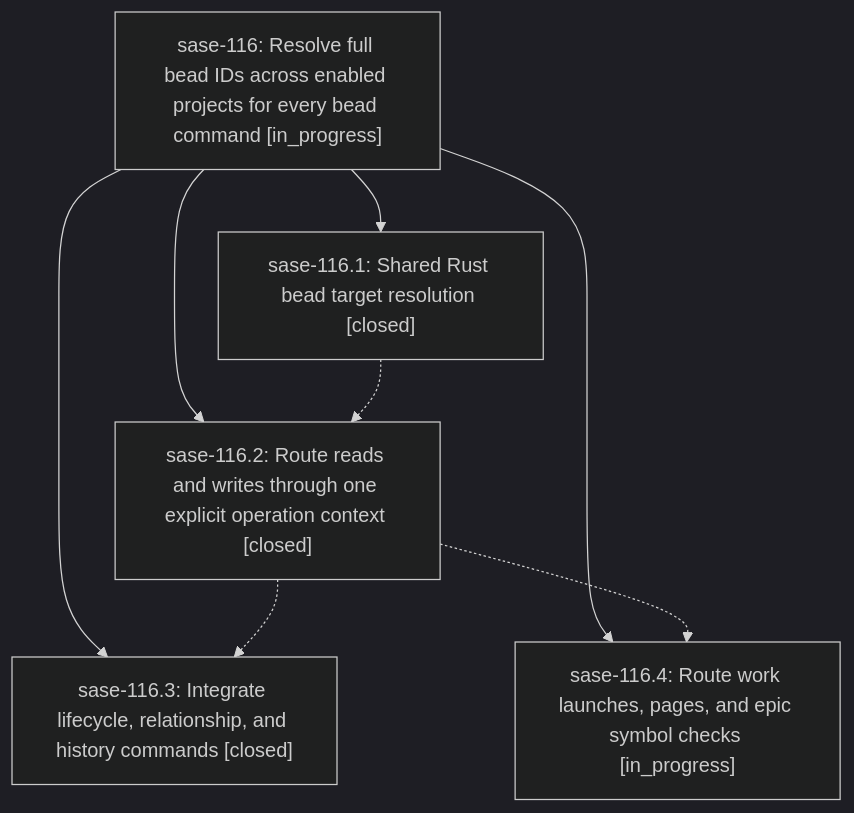
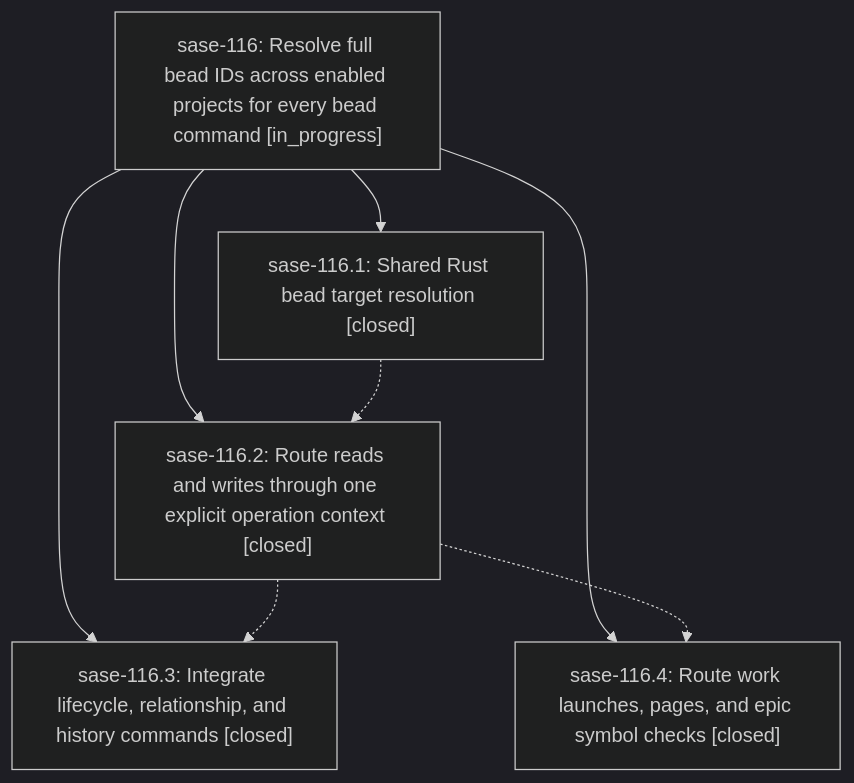
The diagram in pages/sase-116/README.md (sase-org/sase--beads), drawn with Mermaid (dark theme) before and after one commit. The commit also changed other lines of this file and 2 other files, not shown here.

First line of the commit message:
chore(beads): sync bead state and pages for sase-116

````diff
--- a/pages/sase-116/README.md
+++ b/pages/sase-116/README.md
@@ -25,15 +25,15 @@
 ```mermaid
 flowchart TD
     n0["sase-116: Resolve full bead IDs across enabled projects for every bead command [in_progress]"]
     n1["sase-116.1: Shared Rust bead target resolution [closed]"]
     n2["sase-116.2: Route reads and writes through one explicit operation context [closed]"]
     n3["sase-116.3: Integrate lifecycle, relationship, and history commands [closed]"]
-    n4["sase-116.4: Route work launches, pages, and epic symbol checks [in_progress]"]
+    n4["sase-116.4: Route work launches, pages, and epic symbol checks [closed]"]
     n0 --> n1
     n0 --> n2
     n0 --> n3
     n0 --> n4
     n1 -.-> n2
     n2 -.-> n3
     n2 -.-> n4
 ```
````
